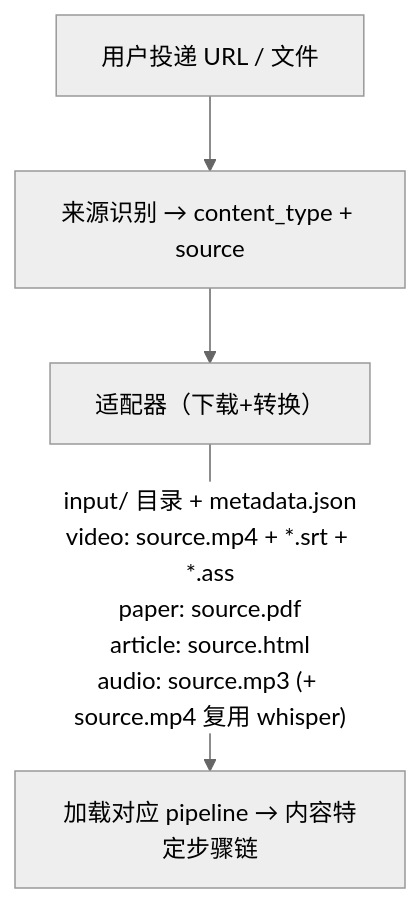
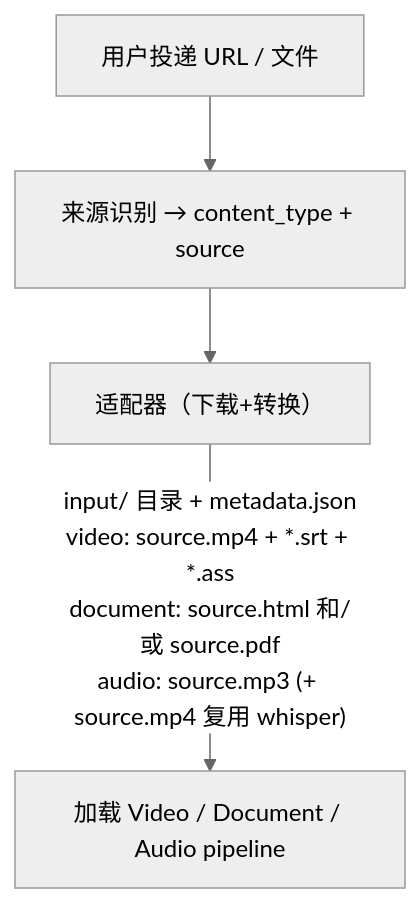
The diagram in docs/05-content-adapters.md (Gwzlchn/Flori), drawn with Mermaid (neutral theme) before and after one commit. The commit also changed other lines of this file and 284 other files, not shown here.

````diff
--- a/docs/05-content-adapters.md
+++ b/docs/05-content-adapters.md
@@ -12,6 +12,6 @@
 ```mermaid
 graph TD
     A["用户投递 URL / 文件"] --> B["来源识别 → content_type + source"]
     B --> C["适配器（下载+转换）"]
-    C -->|"input/ 目录 + metadata.json<br/>video: source.mp4 + *.srt + *.ass<br/>paper: source.pdf<br/>article: source.html<br/>audio: source.mp3 (+ source.mp4 复用 whisper)"| D["加载对应 pipeline → 内容特定步骤链"]
+    C -->|"input/ 目录 + metadata.json<br/>video: source.mp4 + *.srt + *.ass<br/>document: source.html 和/或 source.pdf<br/>audio: source.mp3 (+ source.mp4 复用 whisper)"| D["加载 Video / Document / Audio pipeline"]
 ```
````
